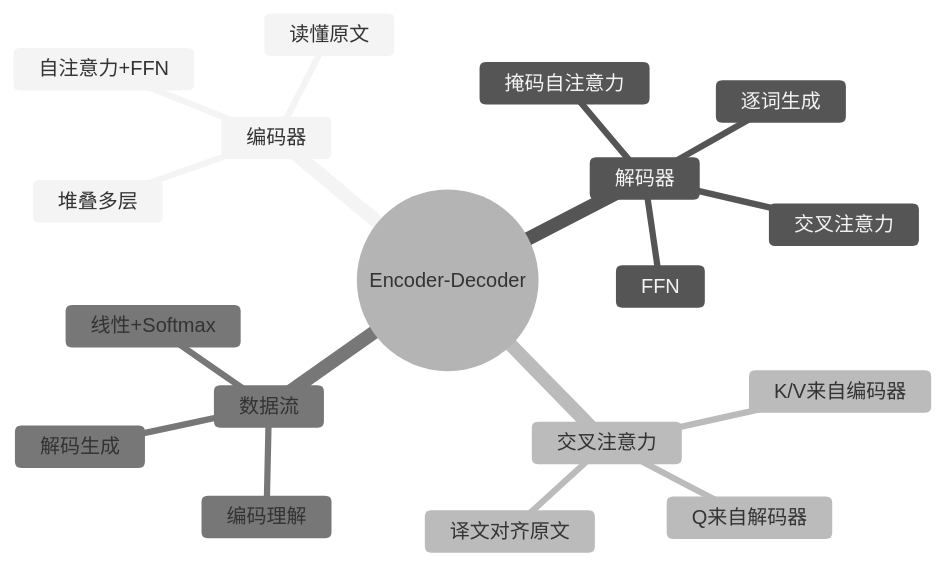
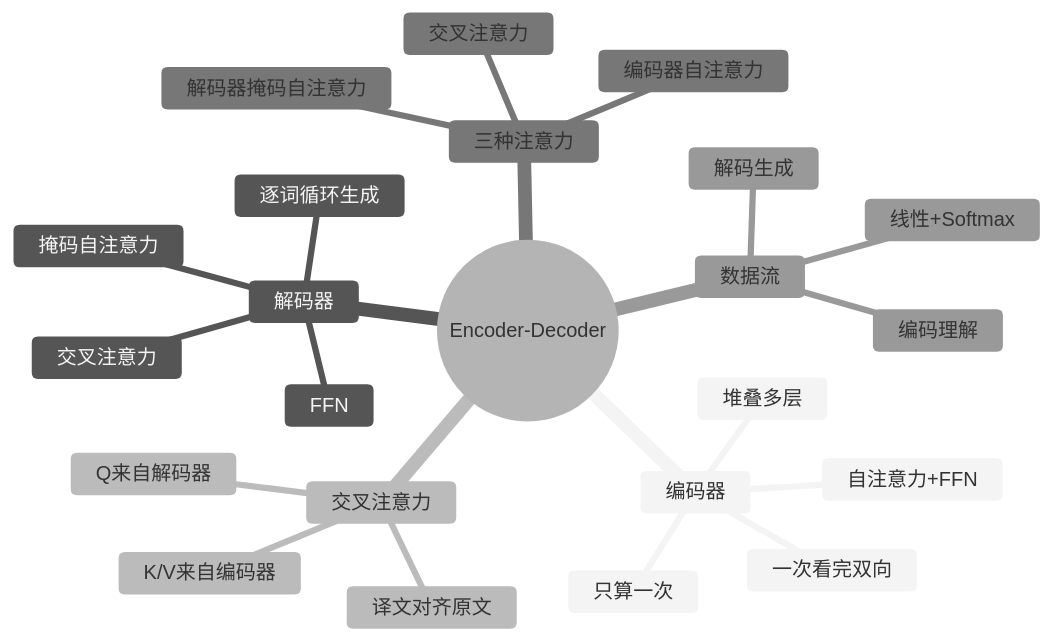
Before and after one commit to zerioo1970/summary: diagram 14 of 14 in transformer-学习资料/第07章-EncoderDecoder完整结构.md, drawn with Mermaid (neutral theme). The commit also changed other lines of this file and 4 other files, not shown here.

Commit message:
大幅扩写第3-7章:新增数值手算/深入原理/更多图解/FAQ/可视化代码

````diff
--- a/transformer-学习资料/第07章-EncoderDecoder完整结构.md
+++ b/transformer-学习资料/第07章-EncoderDecoder完整结构.md
@@ -168,21 +357,26 @@
 ```mermaid
 mindmap
   root((Encoder-Decoder))
     编码器
       自注意力+FFN
+      一次看完双向
       堆叠多层
-      读懂原文
+      只算一次
     解码器
       掩码自注意力
       交叉注意力
       FFN
-      逐词生成
+      逐词循环生成
     交叉注意力
       Q来自解码器
       K/V来自编码器
       译文对齐原文
+    三种注意力
+      编码器自注意力
+      解码器掩码自注意力
+      交叉注意力
     数据流
       编码理解
       解码生成
       线性+Softmax
 ```
````
